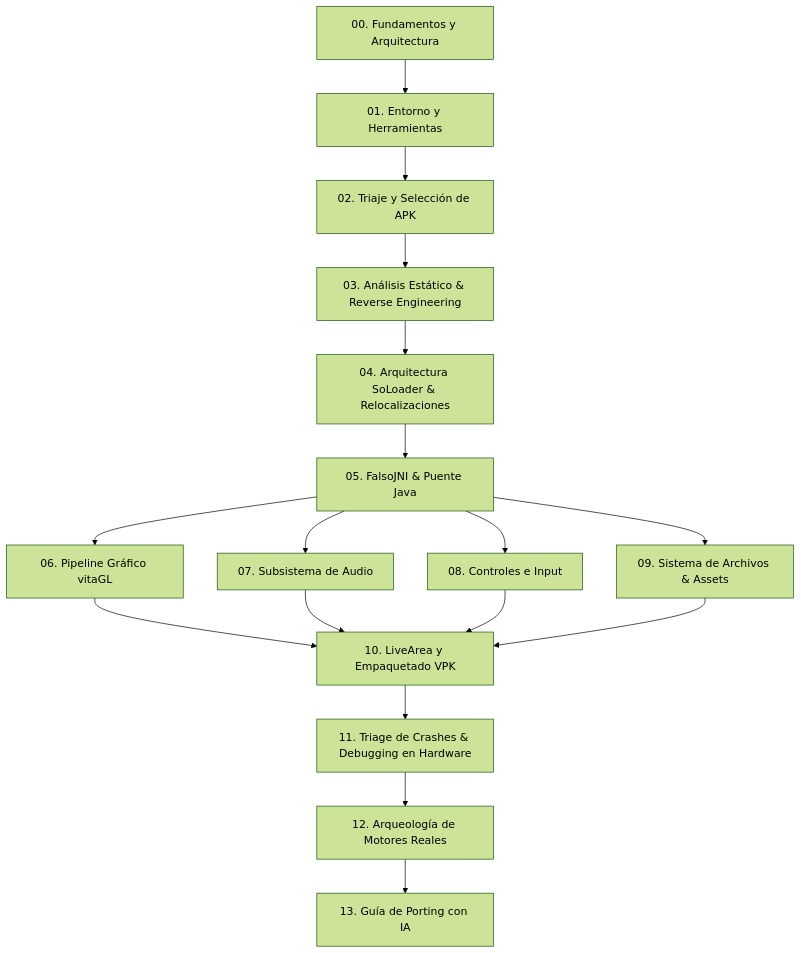
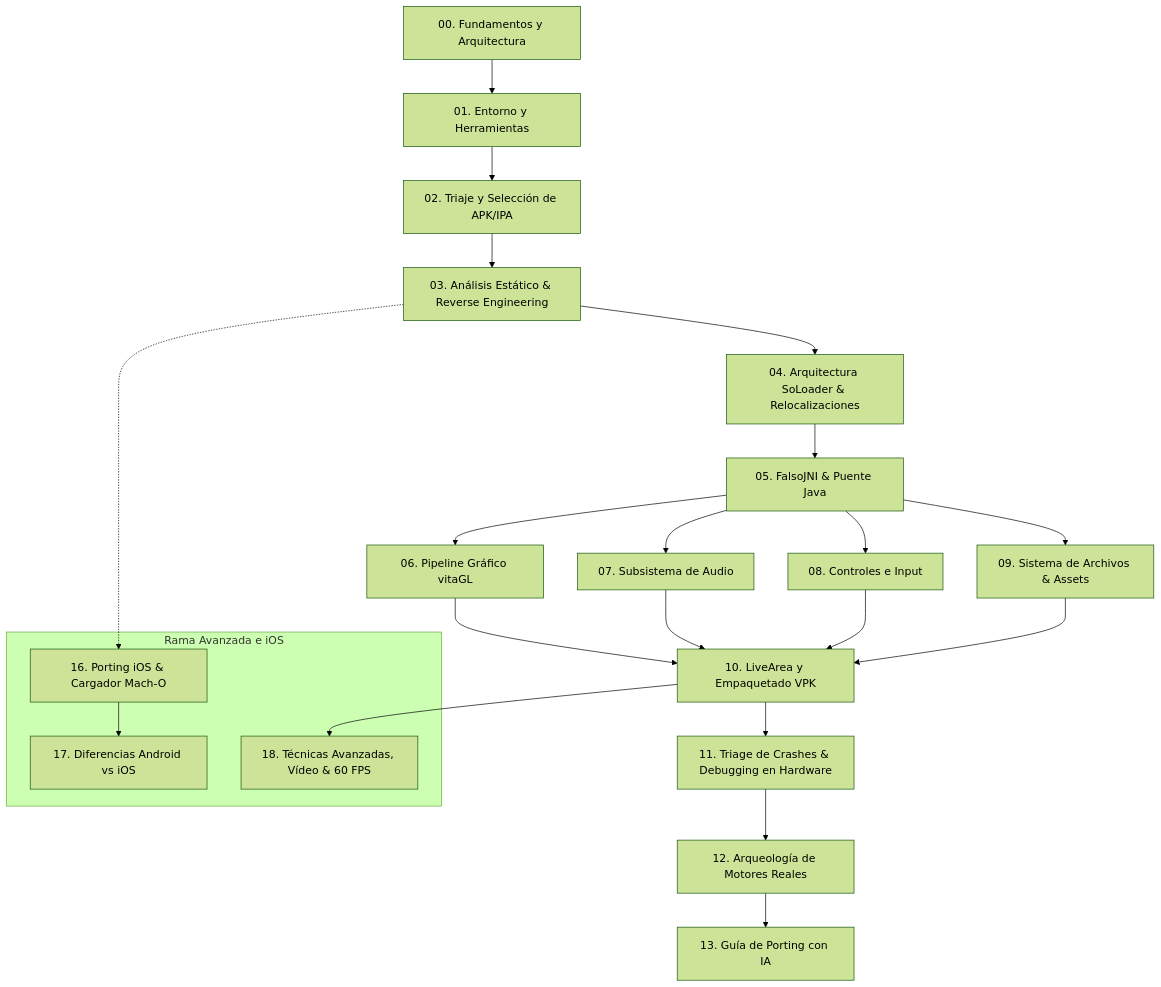
One commit to MetalSyntax/psvita-porting-wiki changed the diagram in docs/es/index.md. Above: the diagram before and after it, drawn with Mermaid (forest theme). The commit also changed other lines of this file and 13 other files, not shown here.

First line of the commit message:
docs: add iOS Mach-O porting, Android vs iOS comparison, and advanced techniques

````diff
--- a/docs/es/index.md
+++ b/docs/es/index.md
@@ -11,16 +11,26 @@
 ```mermaid
 flowchart TD
     A["00. Fundamentos y Arquitectura"] --> B["01. Entorno y Herramientas"]
-    B --> C["02. Triaje y Selección de APK"]
+    B --> C["02. Triaje y Selección de APK/IPA"]
     C --> D["03. Análisis Estático & Reverse Engineering"]
     D --> E["04. Arquitectura SoLoader & Relocalizaciones"]
     E --> F["05. FalsoJNI & Puente Java"]
     F --> G["06. Pipeline Gráfico vitaGL"]
     F --> H["07. Subsistema de Audio"]
     F --> I["08. Controles e Input"]
     F --> J["09. Sistema de Archivos & Assets"]
     G & H & I & J --> K["10. LiveArea y Empaquetado VPK"]
     K --> L["11. Triage de Crashes & Debugging en Hardware"]
     L --> M["12. Arqueología de Motores Reales"]
     M --> N["13. Guía de Porting con IA"]
+    
+    subgraph "Rama Avanzada e iOS"
+        O["16. Porting iOS & Cargador Mach-O"]
+        P["17. Diferencias Android vs iOS"]
+        Q["18. Técnicas Avanzadas, Vídeo & 60 FPS"]
+    end
+    
+    D -.-> O
+    O --> P
+    K --> Q
 ```
````
